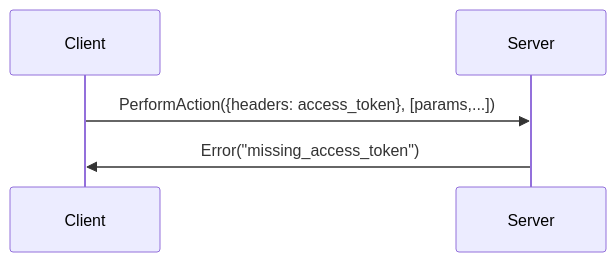
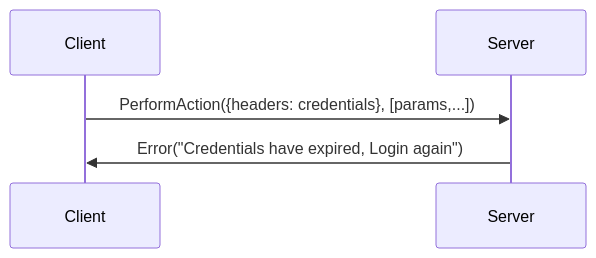
One commit to adimian/kova changed the eighth of 8 diagrams in kova/authentication/docs.md. Above: the diagram before and after it, drawn with Mermaid. The commit also changed other lines of this file and 1 other file, not shown here.

````diff
--- a/kova/authentication/docs.md
+++ b/kova/authentication/docs.md
@@ -113,5 +66,5 @@
 ```mermaid
 sequenceDiagram
-    Client ->> Server: PerformAction({headers: access_token}, [params,...])
-    Server ->> Client: Error("missing_access_token")
+    Client ->> Server: PerformAction({headers: credentials}, [params,...])
+    Server ->> Client: Error("Credentials have expired, Login again")
 ```
````
